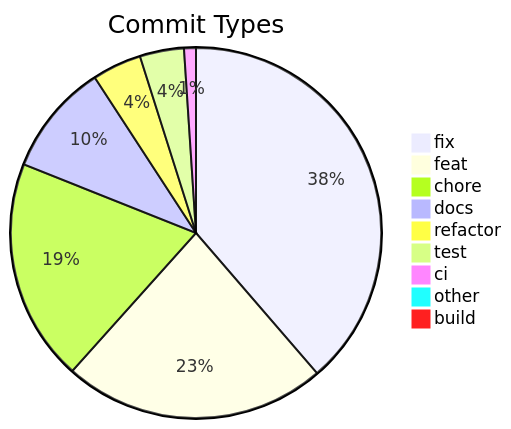
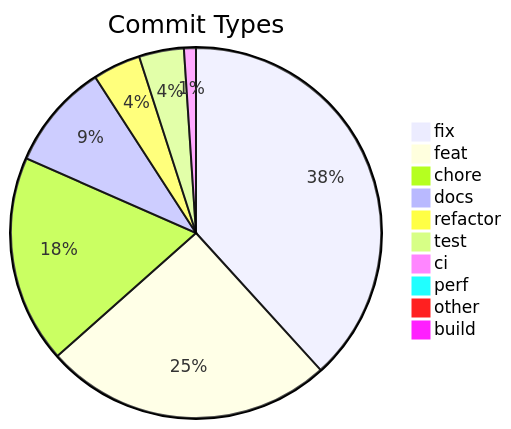
One commit to svenroth-ai/shipwright-webui changed the diagram in .shipwright/compliance/change-history.md. Above: the diagram before and after it, drawn with Mermaid. The commit also changed other lines of this file and 169 other files, not shown here.

````diff
--- a/.shipwright/compliance/change-history.md
+++ b/.shipwright/compliance/change-history.md
@@ -8,12 +10,13 @@
 ```mermaid
 pie title Commit Types
-    "fix" : 261
-    "feat" : 155
-    "chore" : 131
-    "docs" : 66
-    "refactor" : 29
-    "test" : 26
-    "ci" : 7
+    "fix" : 293
+    "feat" : 193
+    "chore" : 139
+    "docs" : 71
+    "refactor" : 32
+    "test" : 30
+    "ci" : 8
+    "perf" : 5
     "other" : 4
     "build" : 1
 ```
````
